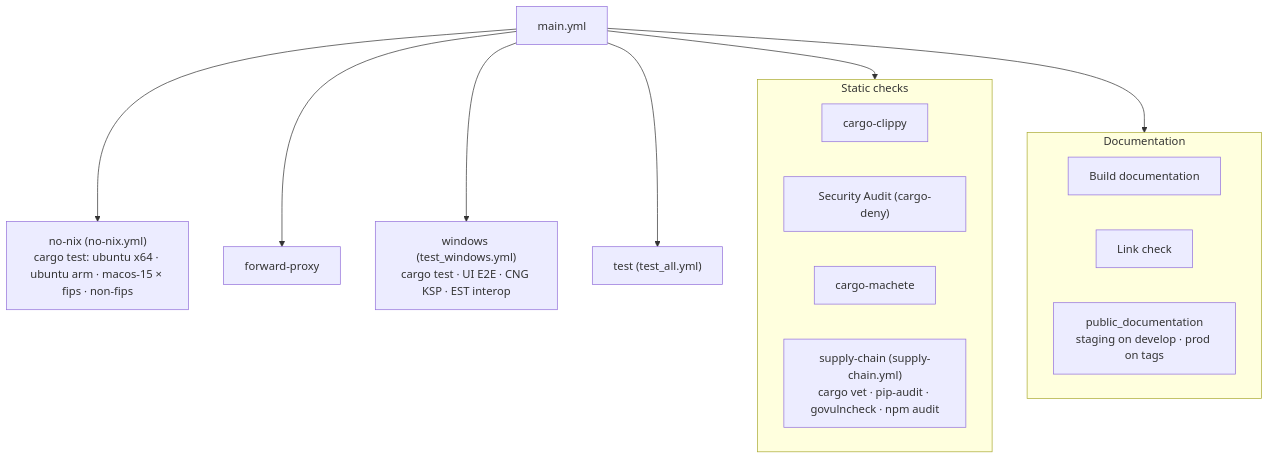
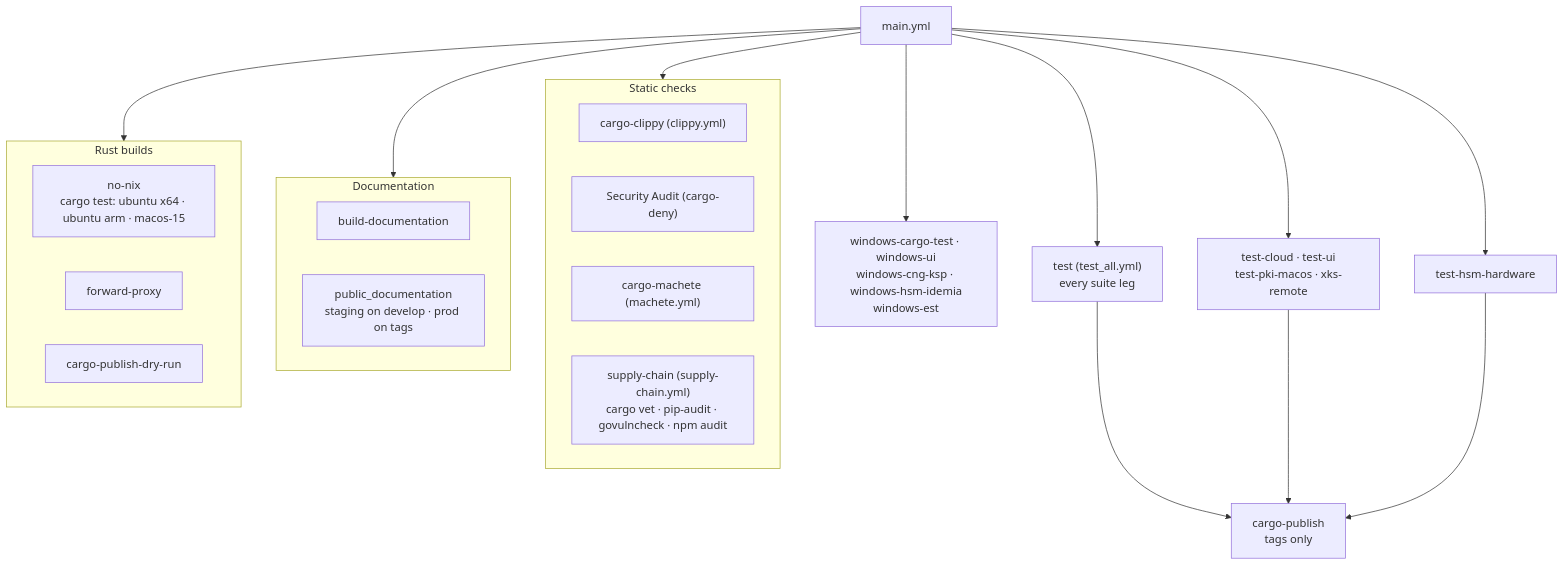
Before and after one commit to Cosmian/kms: the second of 3 diagrams in .github/workflows/README_main.md, drawn with Mermaid. The commit also changed other lines of this file and 28 other files, not shown here.

````diff
--- a/.github/workflows/README_main.md
+++ b/.github/workflows/README_main.md
@@ -36,20 +51,26 @@
 ```mermaid
 flowchart TB
     Main["main.yml"]
     subgraph Static["Static checks"]
-        Clippy["cargo-clippy"]
+        Clippy["cargo-clippy (clippy.yml)"]
         Deny["Security Audit (cargo-deny)"]
-        Machete["cargo-machete"]
+        Machete["cargo-machete (machete.yml)"]
         Supply["supply-chain (supply-chain.yml)<br/>cargo vet · pip-audit · govulncheck · npm audit"]
     end
     subgraph Docs["Documentation"]
-        DocBuild["Build documentation"]
-        Links["Link check"]
+        DocBuild["build-documentation"]
         PubDoc["public_documentation<br/>staging on develop · prod on tags"]
     end
-    NoNix["no-nix (no-nix.yml)<br/>cargo test: ubuntu x64 · ubuntu arm · macos-15 × fips · non-fips"]
-    Proxy["forward-proxy"]
-    Win["windows (test_windows.yml)<br/>cargo test · UI E2E · CNG KSP · EST interop"]
-    TestAll["test (test_all.yml)"]
-    Main --> Static & Docs & NoNix & Proxy & Win & TestAll
+    subgraph Rust["Rust builds"]
+        NoNix["no-nix<br/>cargo test: ubuntu x64 · ubuntu arm · macos-15"]
+        Proxy["forward-proxy"]
+        Dry["cargo-publish-dry-run"]
+    end
+    Win["windows-cargo-test · windows-ui<br/>windows-cng-ksp · windows-hsm-idemia<br/>windows-est"]
+    Single["test-cloud · test-ui<br/>test-pki-macos · xks-remote"]
+    TestAll["test (test_all.yml)<br/>every suite leg"]
+    Hw["test-hsm-hardware"]
+    Publish["cargo-publish<br/>tags only"]
+    Main --> Static & Docs & Rust & Win & Single & TestAll & Hw
+    TestAll & Single & Hw --> Publish
 ```
````
